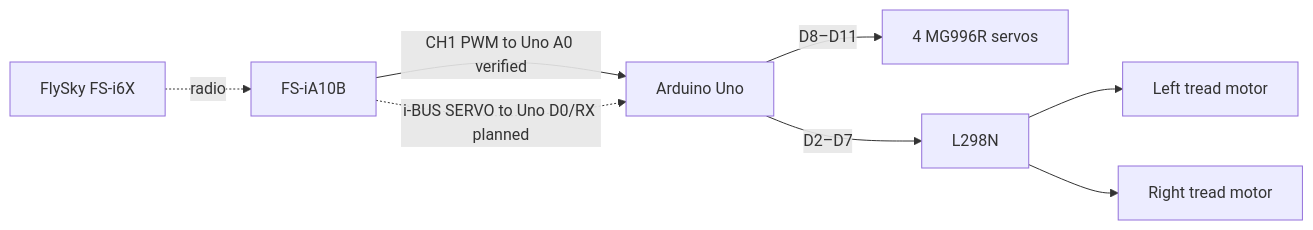
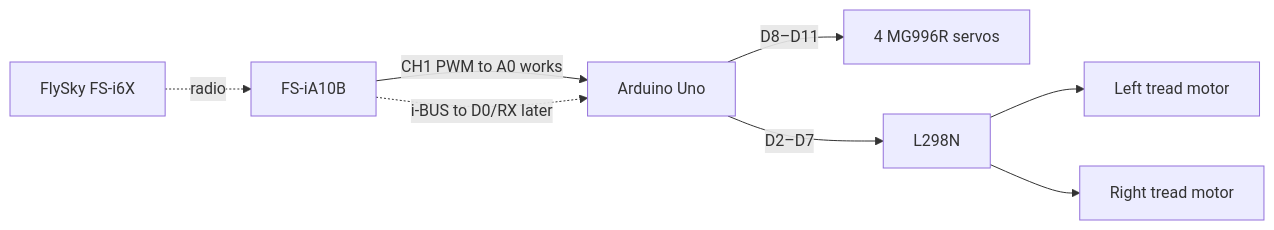
The first of 2 diagrams in docs/system-architecture.md (yojithwork-eng/SAD-Arm), drawn with Mermaid before and after one commit. The commit also changed other lines of this file, not shown here.

Commit message:
docs: simplify docs/system-architecture.md

````diff
--- a/docs/system-architecture.md
+++ b/docs/system-architecture.md
@@ -4,10 +7,10 @@
 ```mermaid
 flowchart LR
  TX[FlySky FS-i6X] -. radio .-> RX[FS-iA10B]
- RX -->|CH1 PWM to Uno A0 verified| UNO[Arduino Uno]
- RX -.->|i-BUS SERVO to Uno D0/RX planned| UNO
+ RX -->|CH1 PWM to A0 works| UNO[Arduino Uno]
+ RX -.->|i-BUS to D0/RX later| UNO
  UNO -->|D8–D11| ARM[4 MG996R servos]
  UNO -->|D2–D7| L[L298N]
  L --> LM[Left tread motor]
  L --> RM[Right tread motor]
 ```
````
